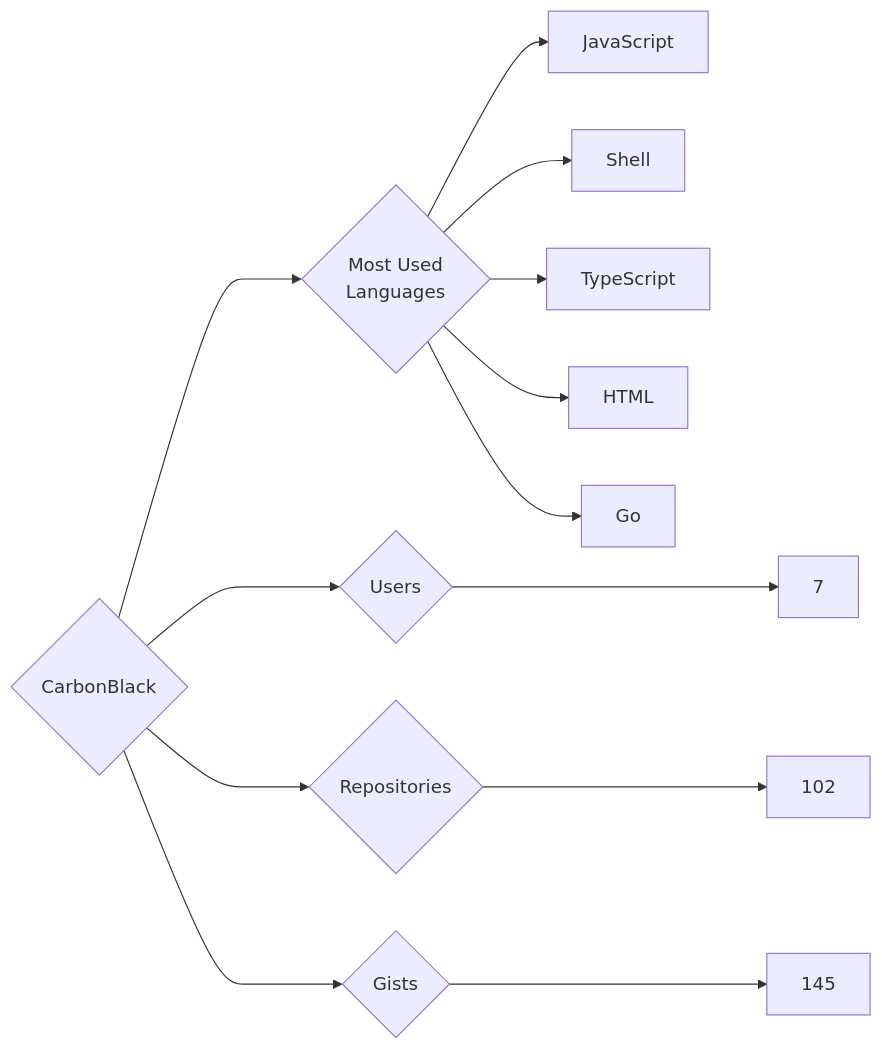
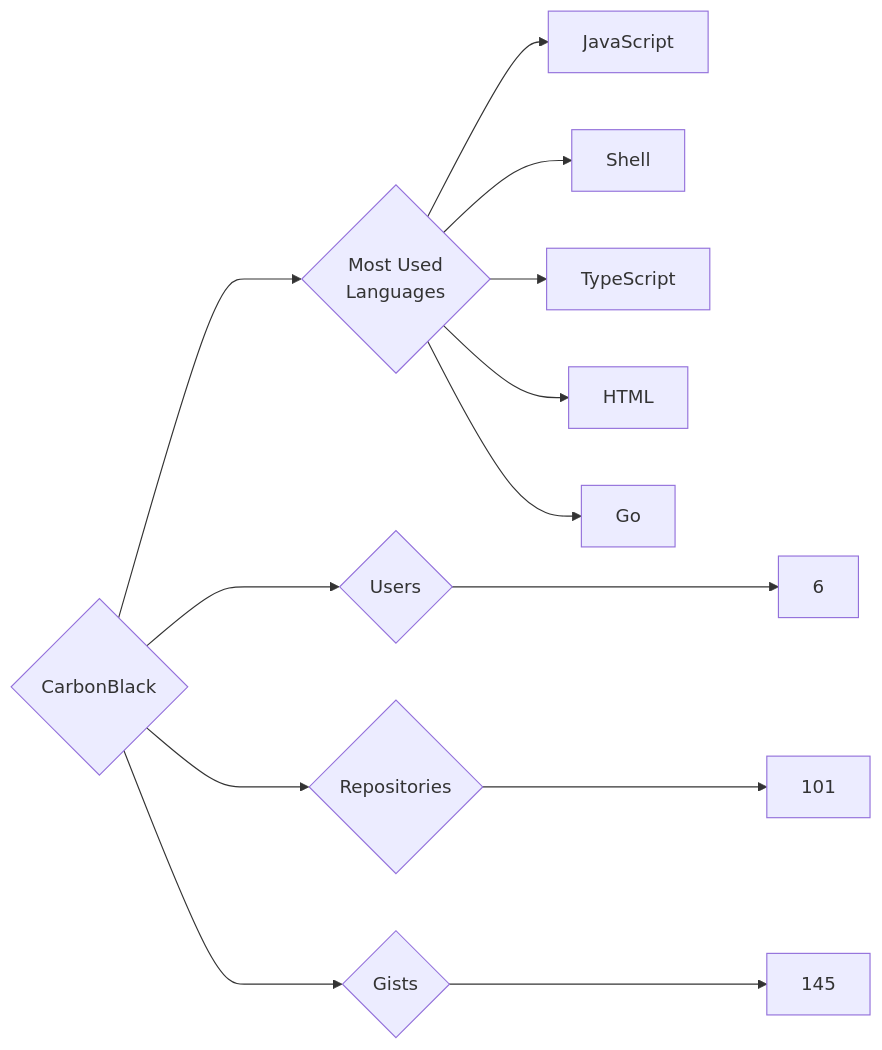
The diagram in targets/CarbonBlack/README.md (trickest/insiders), drawn with Mermaid before and after one commit. The commit also changed 865 other files, not shown here.

````diff
--- a/targets/CarbonBlack/README.md
+++ b/targets/CarbonBlack/README.md
@@ -3,13 +3,13 @@
 ```mermaid
 graph LR
 COMPANY_NAME{CarbonBlack}
-COMPANY_NAME ---> U{Users} ---> UN[7]
-COMPANY_NAME ---> R{Repositories} ---> RN[102]
+COMPANY_NAME ---> U{Users} ---> UN[6]
+COMPANY_NAME ---> R{Repositories} ---> RN[101]
 COMPANY_NAME ---> G{Gists} ---> GN[145]
 COMPANY_NAME ---> ML{Most Used<br>Languages}
 ML --> JavaScript[JavaScript]
 ML --> Shell[Shell]
 ML --> TypeScript[TypeScript]
 ML --> HTML[HTML]
 ML --> Go[Go]
 ```
````
